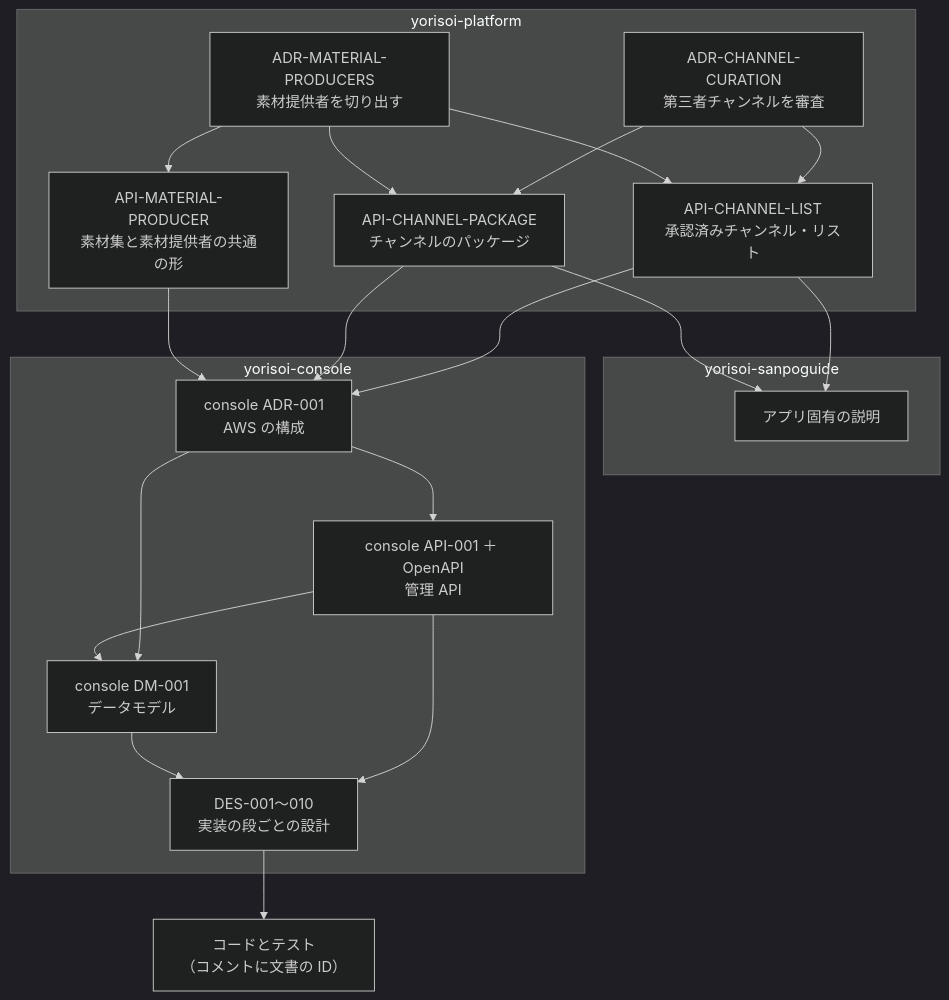
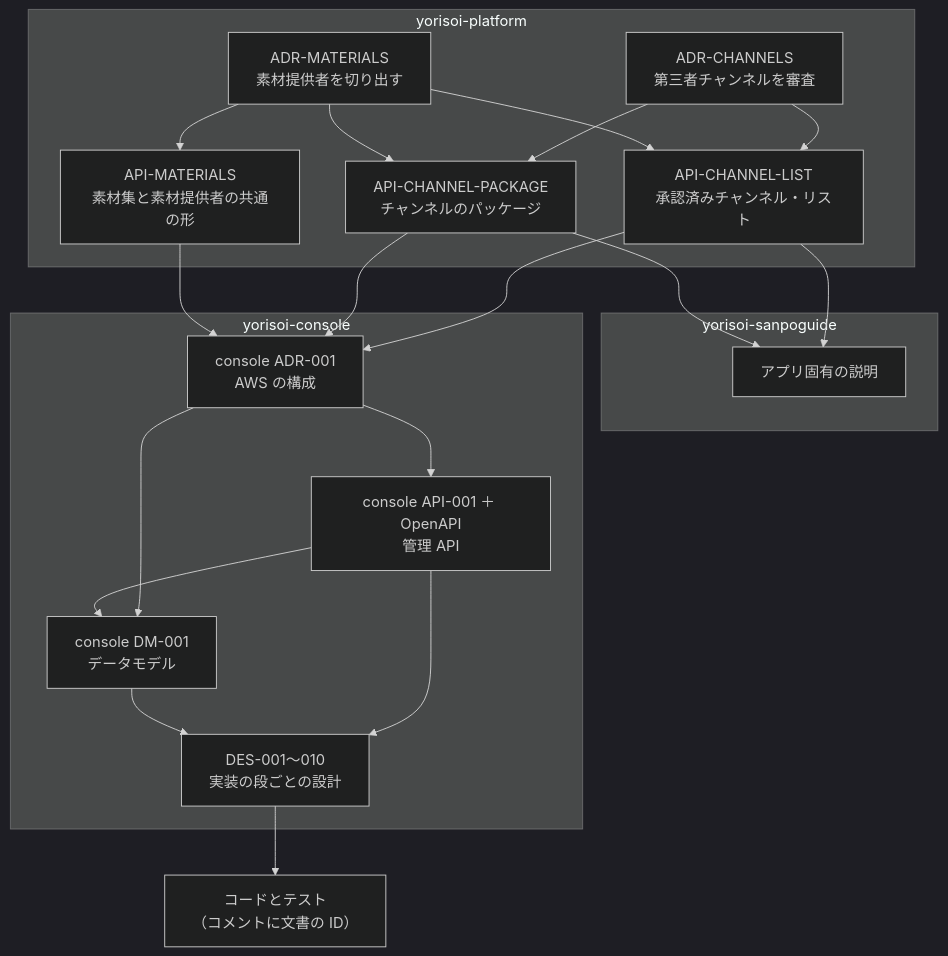
Before and after one commit to duwenji/yorisoi-tutorial: the first of 2 diagrams in 09-console/05-docs.md, drawn with Mermaid (dark theme). The commit also changed other lines of this file and 9 other files, not shown here.

````diff
--- a/09-console/05-docs.md
+++ b/09-console/05-docs.md
@@ -43,26 +43,26 @@
 ```mermaid
 flowchart TB
     subgraph PL["yorisoi-platform"]
-        SADR["ADR-CHANNEL-CURATION<br/>第三者チャンネルを審査"] --> API2["API-CHANNEL-LIST<br/>承認済みチャンネル・リスト"]
+        SADR["ADR-CHANNELS<br/>第三者チャンネルを審査"] --> API2["API-CHANNEL-LIST<br/>承認済みチャンネル・リスト"]
         SADR --> API3["API-CHANNEL-PACKAGE<br/>チャンネルのパッケージ"]
-        SADR2["ADR-MATERIAL-PRODUCERS<br/>素材提供者を切り出す"] --> API4["API-MATERIAL-PRODUCER<br/>素材集と素材提供者の共通の形"]
+        SADR2["ADR-MATERIALS<br/>素材提供者を切り出す"] --> API4["API-MATERIALS<br/>素材集と素材提供者の共通の形"]
         SADR2 --> API2
         SADR2 --> API3
     end
     subgraph SG["yorisoi-sanpoguide"]
         SGDOC["アプリ固有の説明"]
     end
     subgraph CC["yorisoi-console"]
         ADR["console ADR-001<br/>AWS の構成"] --> API1["console API-001 ＋ OpenAPI<br/>管理 API"]
         ADR --> DM["console DM-001<br/>データモデル"]
         API1 --> DM
         API1 --> DES["DES-001〜010<br/>実装の段ごとの設計"]
         DM --> DES
     end
     API2 --> ADR
     API3 --> ADR
     API4 --> ADR
     API2 --> SGDOC
     API3 --> SGDOC
     DES --> CODE["コードとテスト<br/>（コメントに文書の ID）"]
 ```
````
